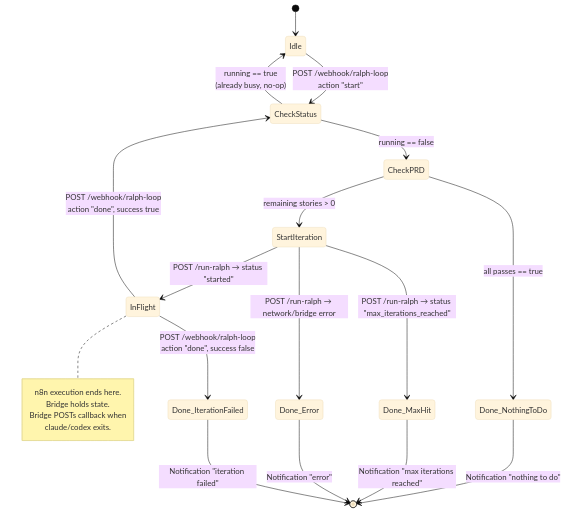
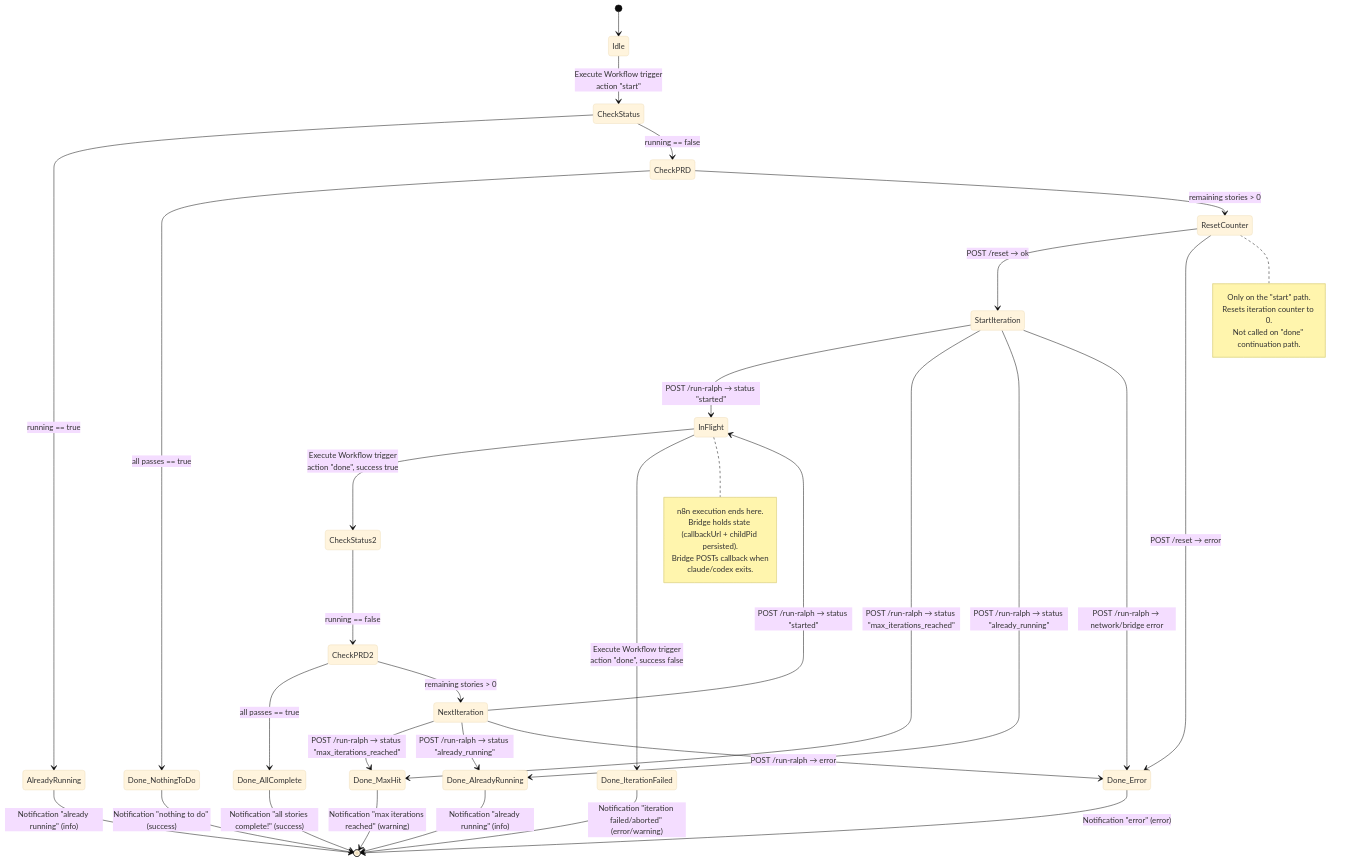
Before and after one commit to NNTin/gsnake-specs: the third of 8 diagrams in ralph-loop/architecture.md, drawn with Mermaid (base theme). The commit also changed other lines of this file, not shown here.

First line of the commit message:
feat: improve ralph-loop architecture — auth gateway, reset/abort, amp removal

````diff
--- a/ralph-loop/architecture.md
+++ b/ralph-loop/architecture.md
@@ -116,32 +132,56 @@
 ```mermaid
 stateDiagram-v2
     [*] --> Idle
 
-    Idle --> CheckStatus : POST /webhook/ralph-loop<br>action "start"
-    CheckStatus --> Idle : running == true<br>(already busy, no-op)
+    Idle --> CheckStatus : Execute Workflow trigger<br>action "start"
+    CheckStatus --> AlreadyRunning : running == true
     CheckStatus --> CheckPRD : running == false
 
+    AlreadyRunning --> [*] : Notification "already running" (info)
+
     CheckPRD --> Done_NothingToDo : all passes == true
-    CheckPRD --> StartIteration : remaining stories > 0
+    CheckPRD --> ResetCounter : remaining stories > 0
 
-    Done_NothingToDo --> [*] : Notification "nothing to do"
+    Done_NothingToDo --> [*] : Notification "nothing to do" (success)
+
+    ResetCounter --> StartIteration : POST /reset → ok
+    ResetCounter --> Done_Error : POST /reset → error
 
     StartIteration --> InFlight : POST /run-ralph → status "started"
     StartIteration --> Done_MaxHit : POST /run-ralph → status "max_iterations_reached"
+    StartIteration --> Done_AlreadyRunning : POST /run-ralph → status "already_running"
     StartIteration --> Done_Error : POST /run-ralph → network/bridge error
 
-    Done_MaxHit --> [*] : Notification "max iterations reached"
-    Done_Error --> [*] : Notification "error"
+    Done_MaxHit --> [*] : Notification "max iterations reached" (warning)
+    Done_AlreadyRunning --> [*] : Notification "already running" (info)
+    Done_Error --> [*] : Notification "error" (error)
 
-    InFlight --> CheckStatus : POST /webhook/ralph-loop<br>action "done", success true
-    InFlight --> Done_IterationFailed : POST /webhook/ralph-loop<br>action "done", success false
+    InFlight --> CheckStatus2 : Execute Workflow trigger<br>action "done", success true
+    InFlight --> Done_IterationFailed : Execute Workflow trigger<br>action "done", success false
 
-    Done_IterationFailed --> [*] : Notification "iteration failed"
+    Done_IterationFailed --> [*] : Notification "iteration failed/aborted" (error/warning)
+
+    CheckStatus2 --> CheckPRD2 : running == false
+    CheckPRD2 --> Done_AllComplete : all passes == true
+    CheckPRD2 --> NextIteration : remaining stories > 0
+
+    Done_AllComplete --> [*] : Notification "all stories complete!" (success)
+
+    NextIteration --> InFlight : POST /run-ralph → status "started"
+    NextIteration --> Done_MaxHit : POST /run-ralph → status "max_iterations_reached"
+    NextIteration --> Done_AlreadyRunning : POST /run-ralph → status "already_running"
+    NextIteration --> Done_Error : POST /run-ralph → error
 
     note right of InFlight
         n8n execution ends here.
-        Bridge holds state.
+        Bridge holds state (callbackUrl + childPid persisted).
         Bridge POSTs callback when
         claude/codex exits.
     end note
+
+    note right of ResetCounter
+        Only on the "start" path.
+        Resets iteration counter to 0.
+        Not called on "done" continuation path.
+    end note
 ```
````
